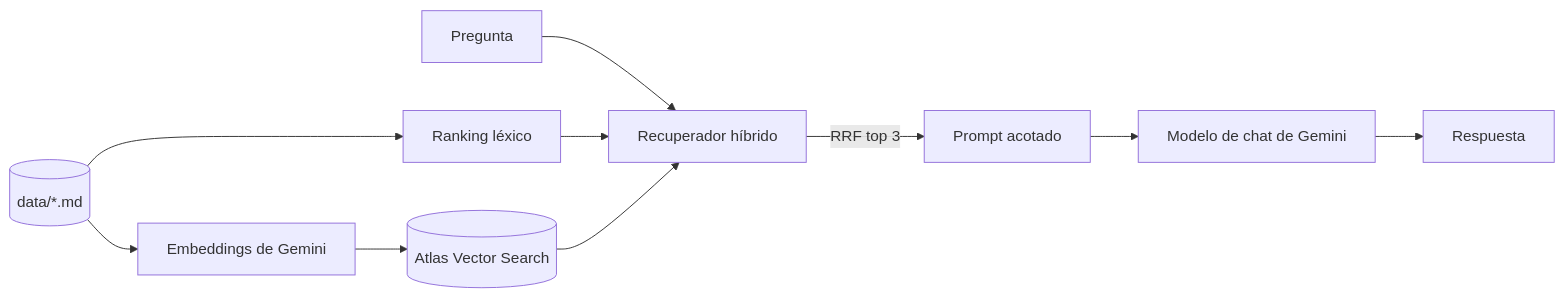
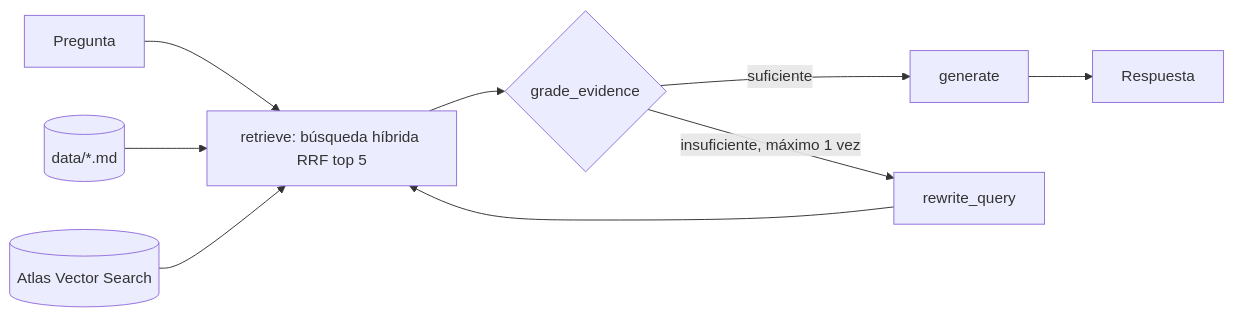
One commit to bak1-H/career-agent changed the diagram in README.md. Above: the diagram before and after it, drawn with Mermaid. The commit also changed other lines of this file and 5 other files, not shown here.

````diff
--- a/README.md
+++ b/README.md
@@ -5,10 +5,11 @@
 ```mermaid
 flowchart LR
-    Q[Pregunta] --> R[Recuperador híbrido]
-    D[(data/*.md)] --> L[Ranking léxico]
-    D --> E[Embeddings de Gemini] --> V[(Atlas Vector Search)]
-    L --> R
-    V --> R
-    R -->|RRF top 3| P[Prompt acotado]
-    P --> M[Modelo de chat de Gemini] --> A[Respuesta]
+    Q[Pregunta] --> R[retrieve: búsqueda híbrida RRF top 5]
+    D[(data/*.md)] --> R
+    V[(Atlas Vector Search)] --> R
+    R --> G{grade_evidence}
+    G -->|suficiente| GEN[generate]
+    G -->|insuficiente, máximo 1 vez| W[rewrite_query]
+    W --> R
+    GEN --> A[Respuesta]
 ```
````
